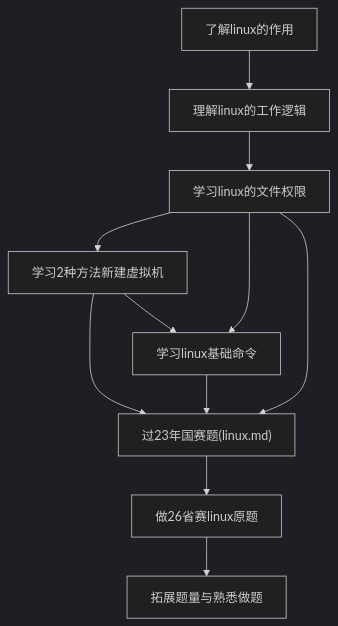
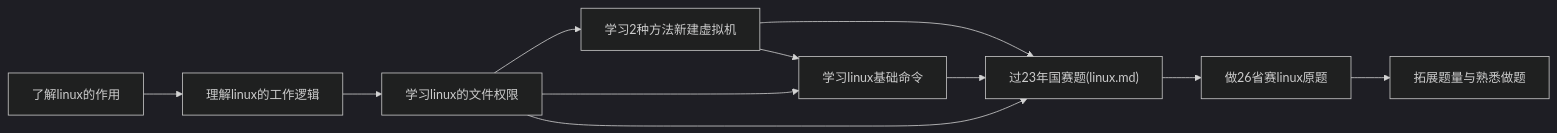
One commit to ICrazybabyI/note changed the diagram in linux_note/README_linux.md. Above: the diagram before and after it, drawn with Mermaid (dark theme).

Commit message:
vault backup: 2026-04-26 21:56:33

````diff
--- a/linux_note/README_linux.md
+++ b/linux_note/README_linux.md
@@ -2,13 +2,13 @@
 ```mermaid
-graph TD;
+graph LR;
   A["了解linux的作用"] --> B["理解linux的工作逻辑"];
   B --> C["学习linux的文件权限"];
   C --> D["学习2种方法新建虚拟机"];
   C --> E["学习linux基础命令"];
   E --> F["过23年国赛题(linux.md)"];
   C --> F;
   D --> F;
   D --> E;
   F --> G["做26省赛linux原题"];
   G --> H["拓展题量与熟悉做题"];
 ```
````
